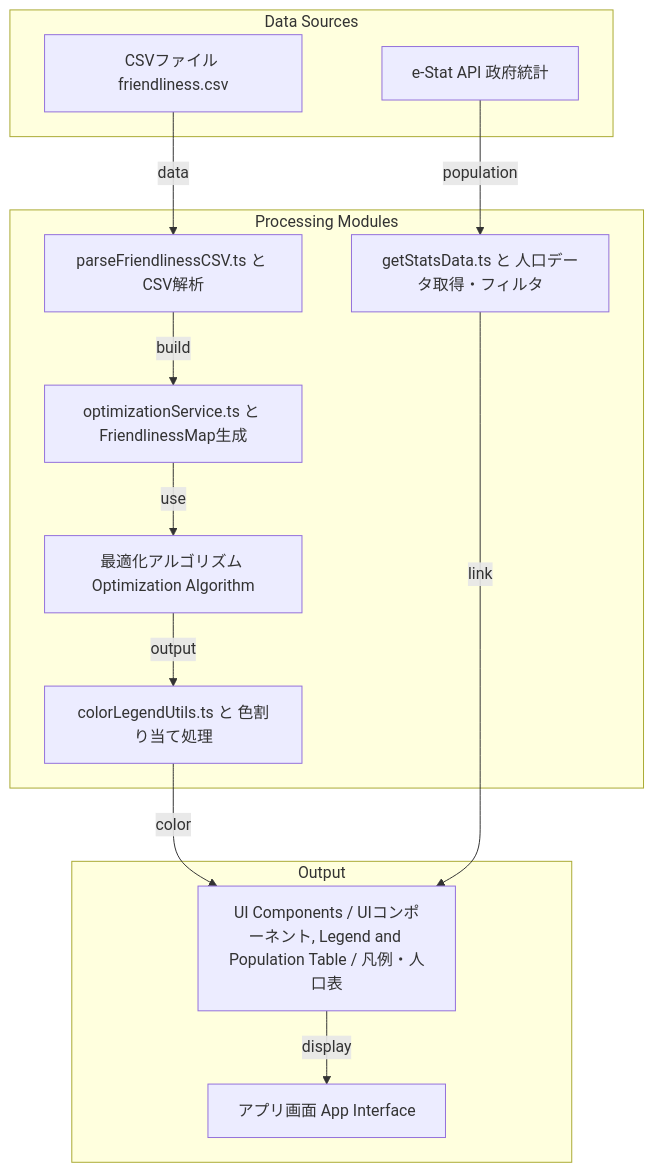
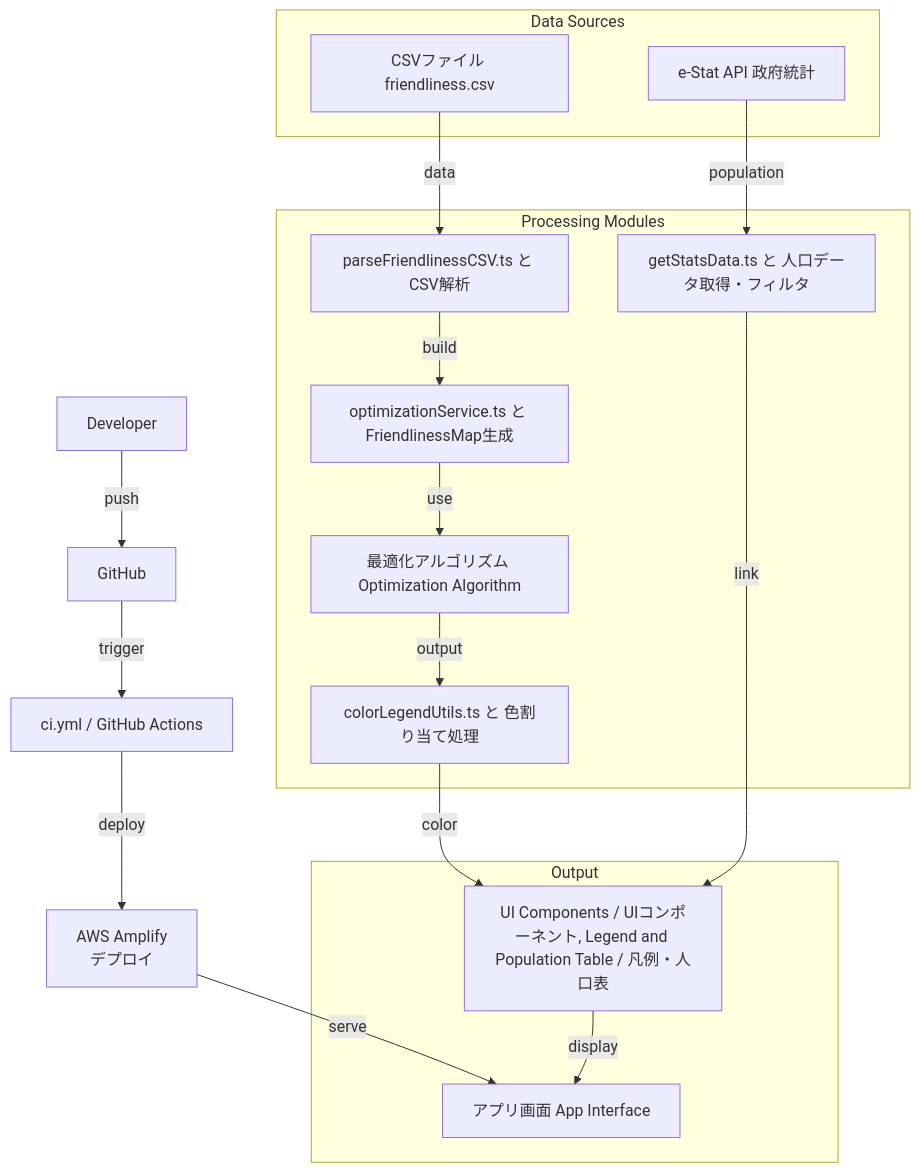
The diagram in README.md (alinumbercrunch/tokyo-friendliness-app), drawn with Mermaid before and after one commit.

Commit message:
docs: fix architecture flowchart for CI/CD and Amplify deployment

````diff
--- a/README.md
+++ b/README.md
@@ -72,32 +72,37 @@
 ```mermaid
 graph TD
+
+  Dev[Developer] -->|push| GH[GitHub]
+  GH -->|trigger| CI[ci.yml / GitHub Actions]
+  CI -->|deploy| Amplify[AWS Amplify<br>デプロイ]
+  Amplify -->|serve| UI[アプリ画面 App Interface]
 
   A[CSVファイル friendliness.csv] -->|data| B[parseFriendlinessCSV.ts と CSV解析]
   B -->|build| C[optimizationService.ts と FriendlinessMap生成]
   C -->|use| D[最適化アルゴリズム Optimization Algorithm]
   D -->|output| E[colorLegendUtils.ts と 色割り当て処理]
   E -->|color| F[UI Components / UIコンポーネント, Legend and Population Table / 凡例・人口表]
 
   G[e-Stat API 政府統計] -->|population| H[getStatsData.ts と 人口データ取得・フィルタ]
   H -->|link| F
 
-  F -->|display| UI[アプリ画面 App Interface]
+  F -->|display| UI
 
   subgraph DataSources[Data Sources]
     A
     G
   end
 
   subgraph ProcessingModules[Processing Modules]
     B
     C
     D
     E
     H
   end
 
   subgraph OutputSection[Output]
     F
     UI
   end
 ```
````
